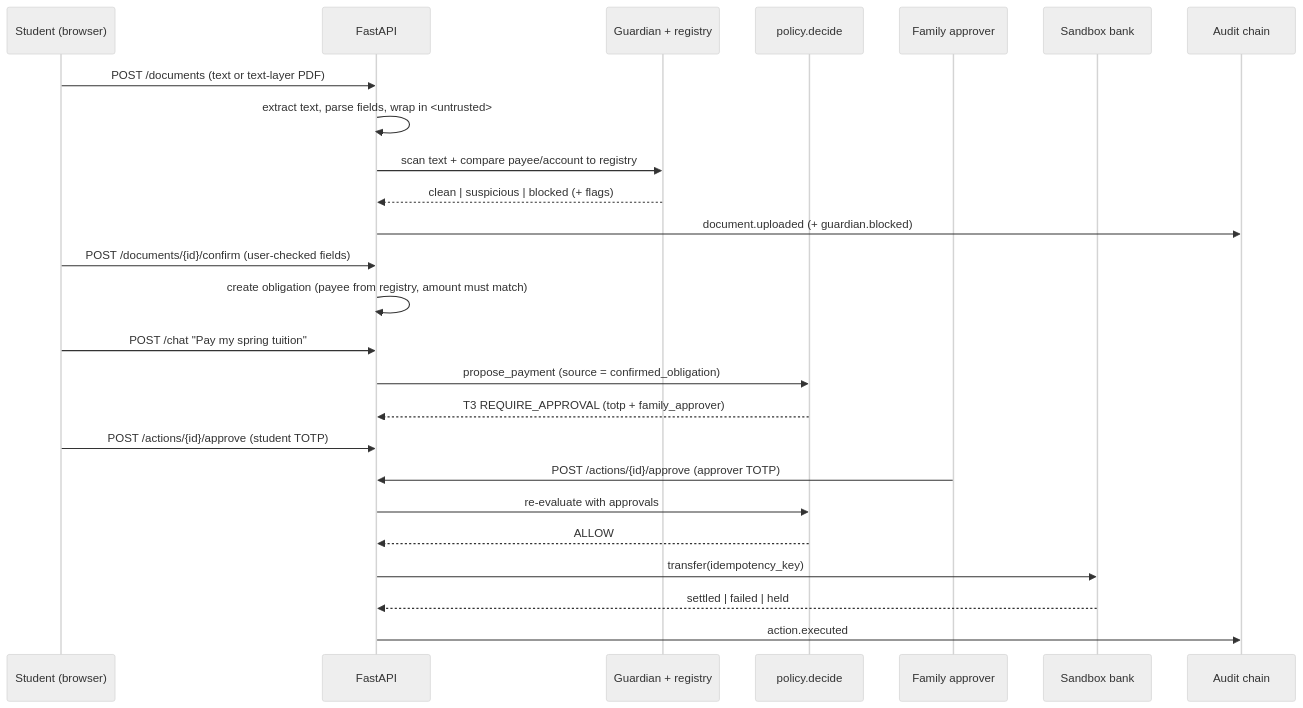
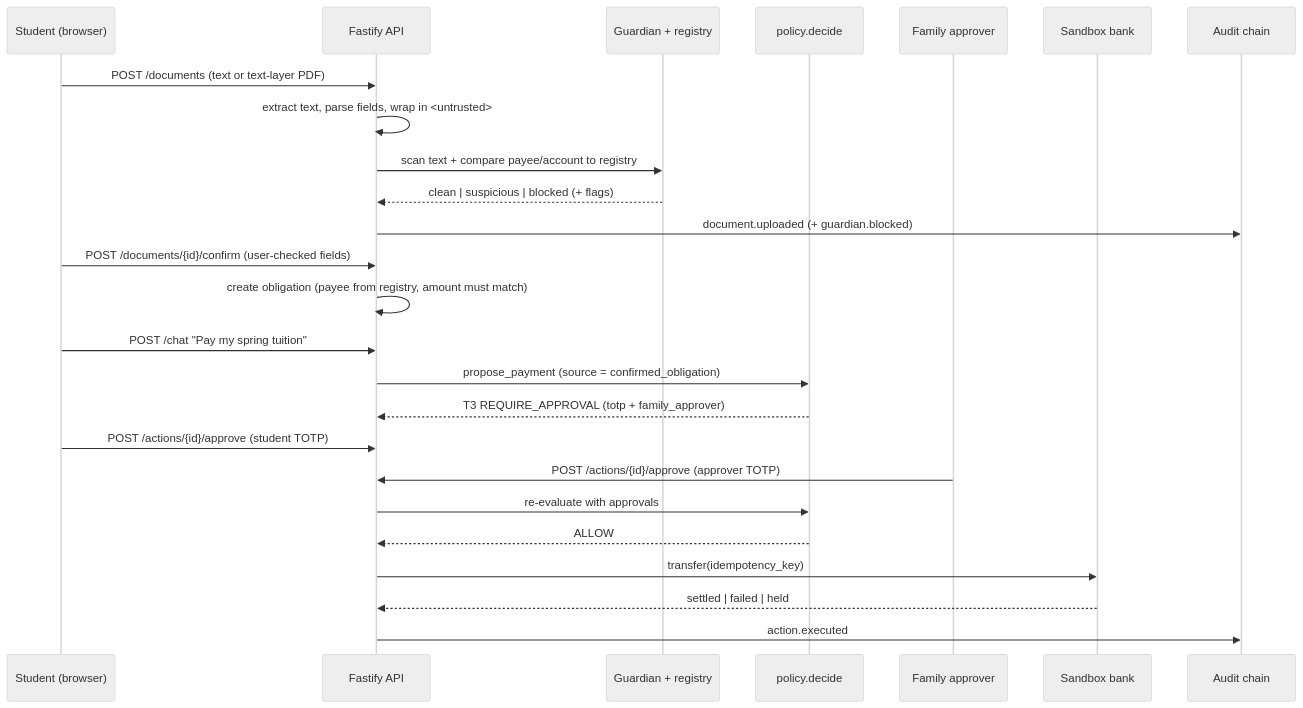
Before and after one commit to Zul-Qarnain/setu-fintechathon: the diagram in docs/DATA_FLOW.md, drawn with Mermaid (neutral theme). The commit also changed 5 other files, not shown here.

Commit message:
docs: minimal TS-rewrite edits (ARCHITECTURE, API, THREAT_MODEL, SECURITY_SELF_ASSESSMENT, DATA_FLOW) + ARCHITECTURE_TS as-built header

````diff
--- a/docs/DATA_FLOW.md
+++ b/docs/DATA_FLOW.md
@@ -7,27 +7,27 @@
 ```mermaid
 sequenceDiagram
   participant S as Student (browser)
-  participant API as FastAPI
+  participant API as Fastify API
   participant G as Guardian + registry
   participant P as policy.decide
   participant F as Family approver
   participant B as Sandbox bank
   participant A as Audit chain
   S->>API: POST /documents (text or text-layer PDF)
   API->>API: extract text, parse fields, wrap in <untrusted>
   API->>G: scan text + compare payee/account to registry
   G-->>API: clean | suspicious | blocked (+ flags)
   API->>A: document.uploaded (+ guardian.blocked)
   S->>API: POST /documents/{id}/confirm (user-checked fields)
   API->>API: create obligation (payee from registry, amount must match)
   S->>API: POST /chat "Pay my spring tuition"
   API->>P: propose_payment (source = confirmed_obligation)
   P-->>API: T3 REQUIRE_APPROVAL (totp + family_approver)
   S->>API: POST /actions/{id}/approve (student TOTP)
   F->>API: POST /actions/{id}/approve (approver TOTP)
   API->>P: re-evaluate with approvals
   P-->>API: ALLOW
   API->>B: transfer(idempotency_key)
   B-->>API: settled | failed | held
   API->>A: action.executed
 ```
````
